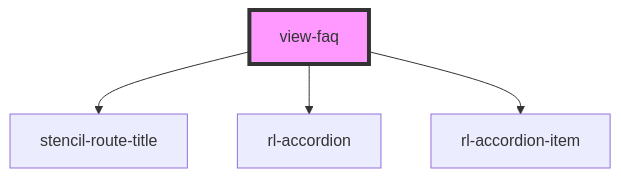
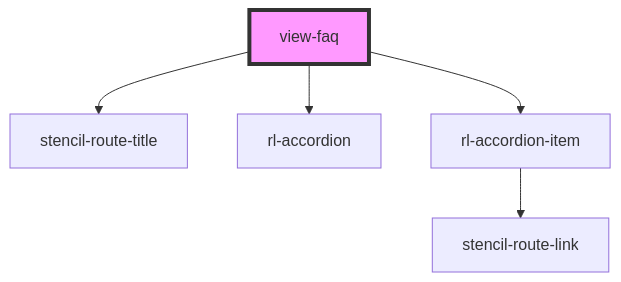
One commit to torontomulibrary/building-info-system changed the diagram in src/views/view-faq/readme.md. Above: the diagram before and after it, drawn with Mermaid. The commit also changed 5 other files, not shown here.

````diff
--- a/src/views/view-faq/readme.md
+++ b/src/views/view-faq/readme.md
@@ -39,7 +39,8 @@
 ```mermaid
 graph TD;
   view-faq --> stencil-route-title
   view-faq --> rl-accordion
   view-faq --> rl-accordion-item
+  rl-accordion-item --> stencil-route-link
   style view-faq fill:#f9f,stroke:#333,stroke-width:4px
 ```
````
